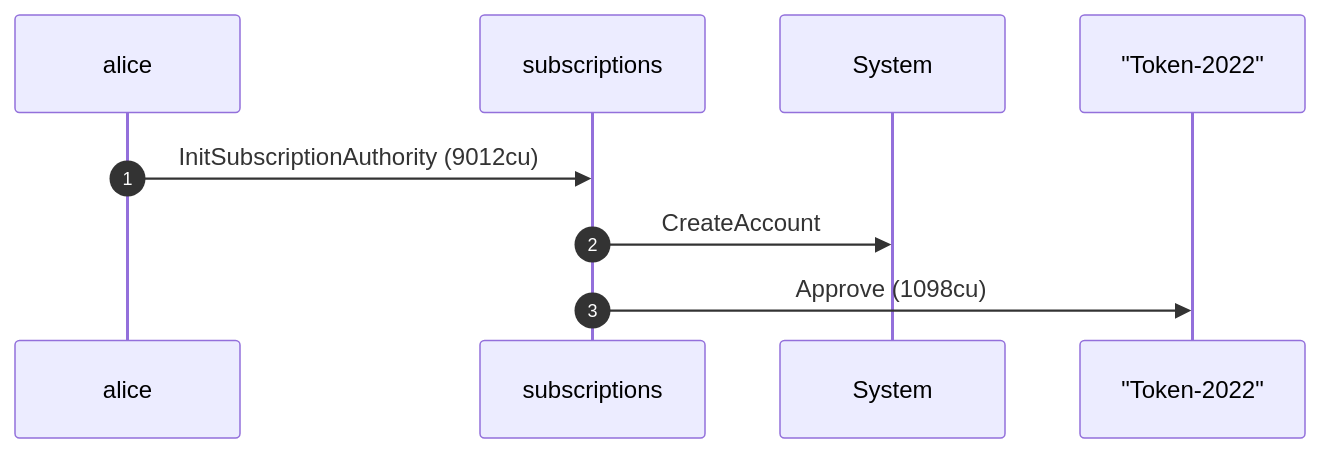
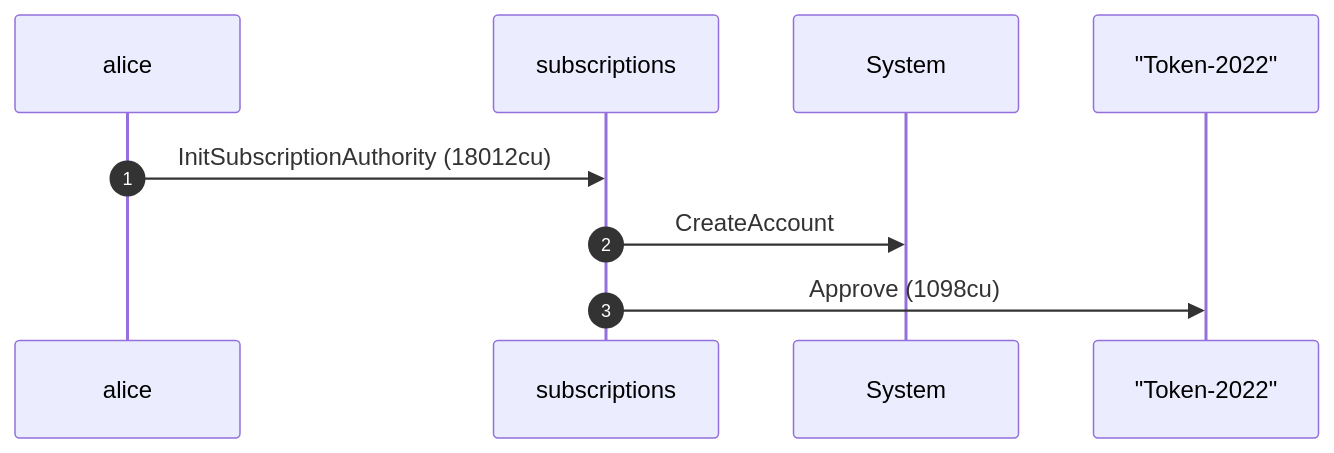
Before and after one commit to cds-rs/subscriptions: the first of 4 diagrams in dsl_tests/initialize-over-a-token-2022-mint---transferhook--.md, drawn with Mermaid. The commit also changed other lines of this file and 224 other files, not shown here.

````diff
--- a/dsl_tests/initialize-over-a-token-2022-mint---transferhook--.md
+++ b/dsl_tests/initialize-over-a-token-2022-mint---transferhook--.md
@@ -24,11 +25,11 @@
 ```mermaid
 sequenceDiagram
     autonumber
     participant alice
     participant subscriptions
     participant System
     participant Token_2022 as "Token-2022"
-    alice ->> subscriptions: InitSubscriptionAuthority (9012cu)
+    alice ->> subscriptions: InitSubscriptionAuthority (18012cu)
     subscriptions ->> System: CreateAccount
     subscriptions ->> Token_2022: Approve (1098cu)
 ```
````
